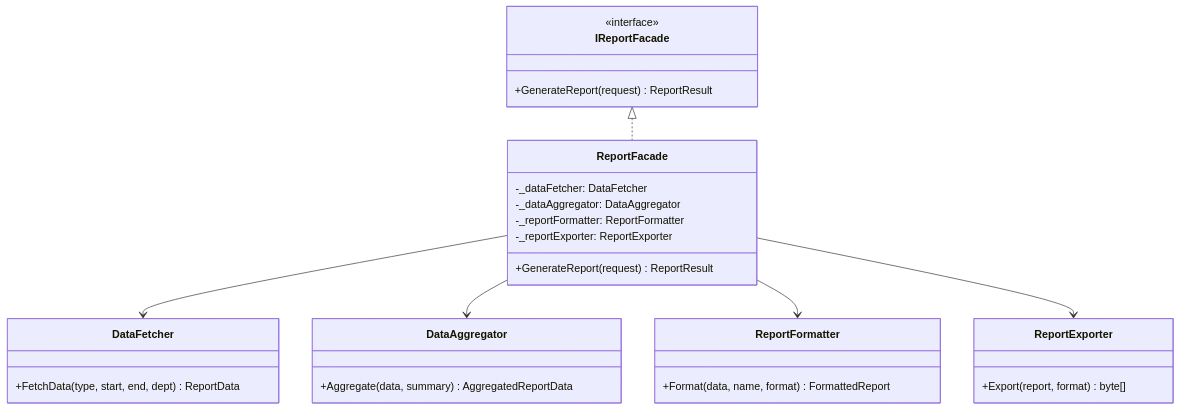
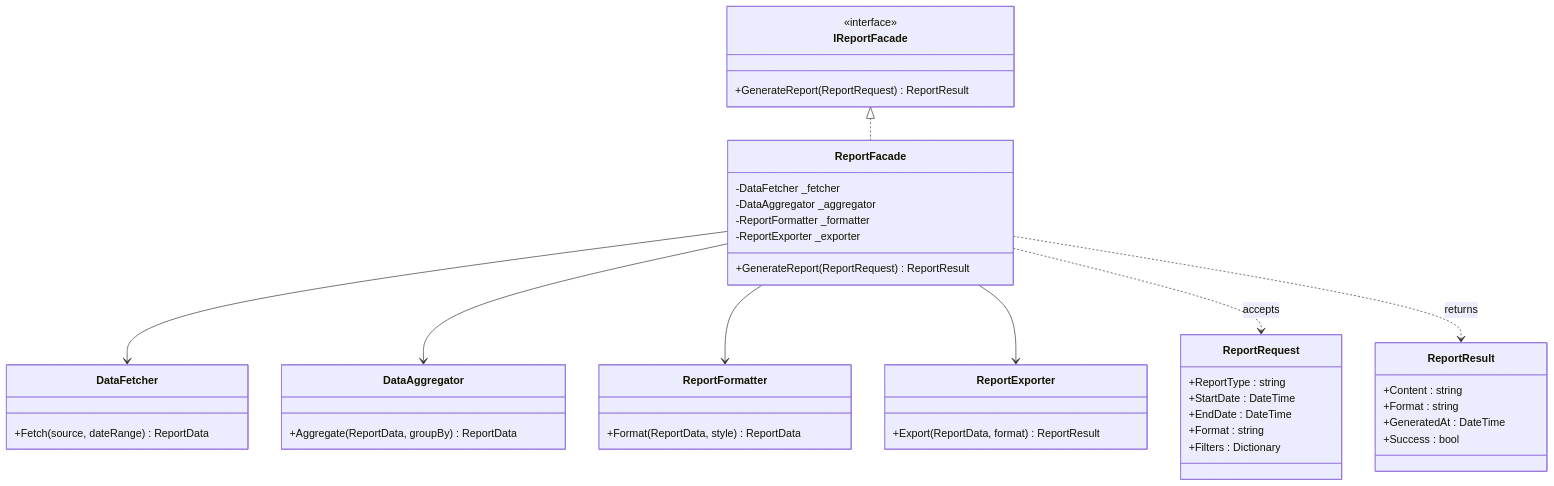
One commit to senapatisantosh/DotnetAdvanceDesignPattern changed the first of 2 diagrams in src/DesignPatterns.Structural/Facade/README.md. Above: the diagram before and after it, drawn with Mermaid. The commit also changed other lines of this file and 2 other files, not shown here.

First line of the commit message:
feat: add decision matrix, comparison maps, update Facade README

````diff
--- a/src/DesignPatterns.Structural/Facade/README.md
+++ b/src/DesignPatterns.Structural/Facade/README.md
@@ -84,37 +75,54 @@
 ```mermaid
 classDiagram
     class IReportFacade {
         <<interface>>
-        +GenerateReport(request) ReportResult
+        +GenerateReport(ReportRequest) ReportResult
     }
 
     class ReportFacade {
-        -_dataFetcher: DataFetcher
-        -_dataAggregator: DataAggregator
-        -_reportFormatter: ReportFormatter
-        -_reportExporter: ReportExporter
-        +GenerateReport(request) ReportResult
+        -DataFetcher _fetcher
+        -DataAggregator _aggregator
+        -ReportFormatter _formatter
+        -ReportExporter _exporter
+        +GenerateReport(ReportRequest) ReportResult
     }
 
     class DataFetcher {
-        +FetchData(type, start, end, dept) ReportData
+        +Fetch(source, dateRange) ReportData
     }
 
     class DataAggregator {
-        +Aggregate(data, summary) AggregatedReportData
+        +Aggregate(ReportData, groupBy) ReportData
     }
 
     class ReportFormatter {
-        +Format(data, name, format) FormattedReport
+        +Format(ReportData, style) ReportData
     }
 
     class ReportExporter {
-        +Export(report, format) byte[]
+        +Export(ReportData, format) ReportResult
+    }
+
+    class ReportRequest {
+        +ReportType : string
+        +StartDate : DateTime
+        +EndDate : DateTime
+        +Format : string
+        +Filters : Dictionary
+    }
+
+    class ReportResult {
+        +Content : string
+        +Format : string
+        +GeneratedAt : DateTime
+        +Success : bool
     }
 
     IReportFacade <|.. ReportFacade
     ReportFacade --> DataFetcher
     ReportFacade --> DataAggregator
     ReportFacade --> ReportFormatter
     ReportFacade --> ReportExporter
+    ReportFacade ..> ReportRequest : accepts
+    ReportFacade ..> ReportResult : returns
 ```
````
